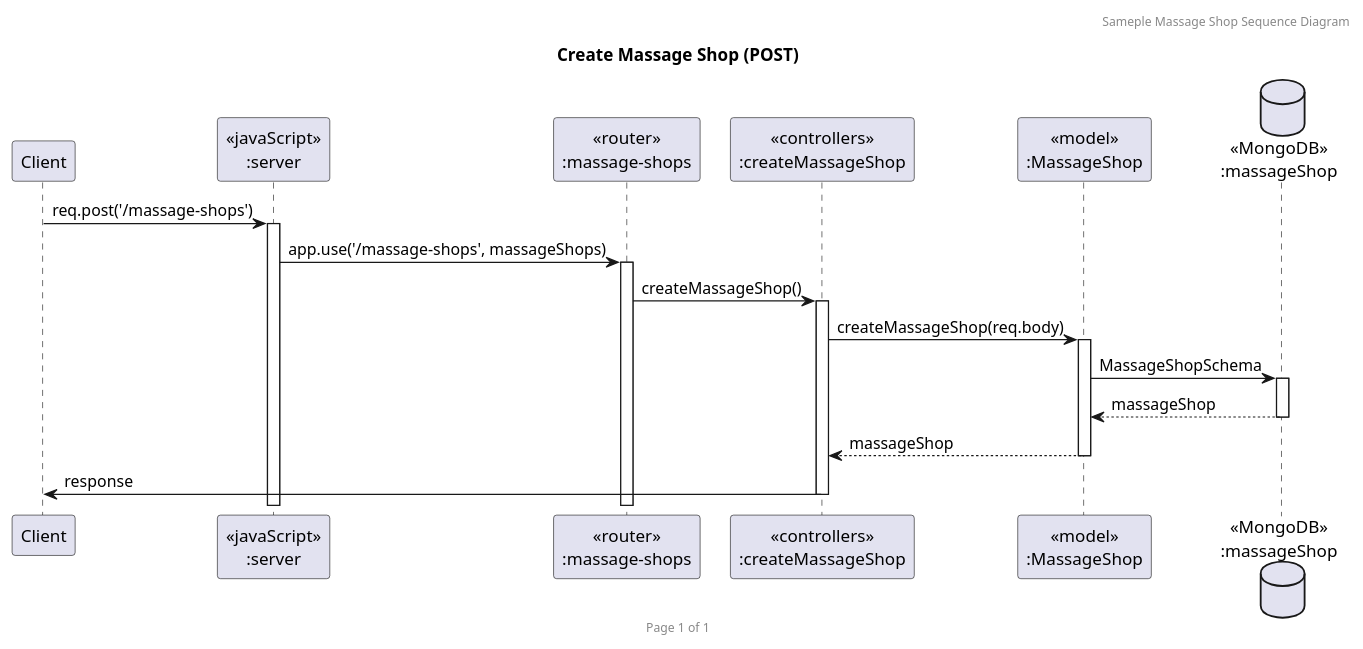
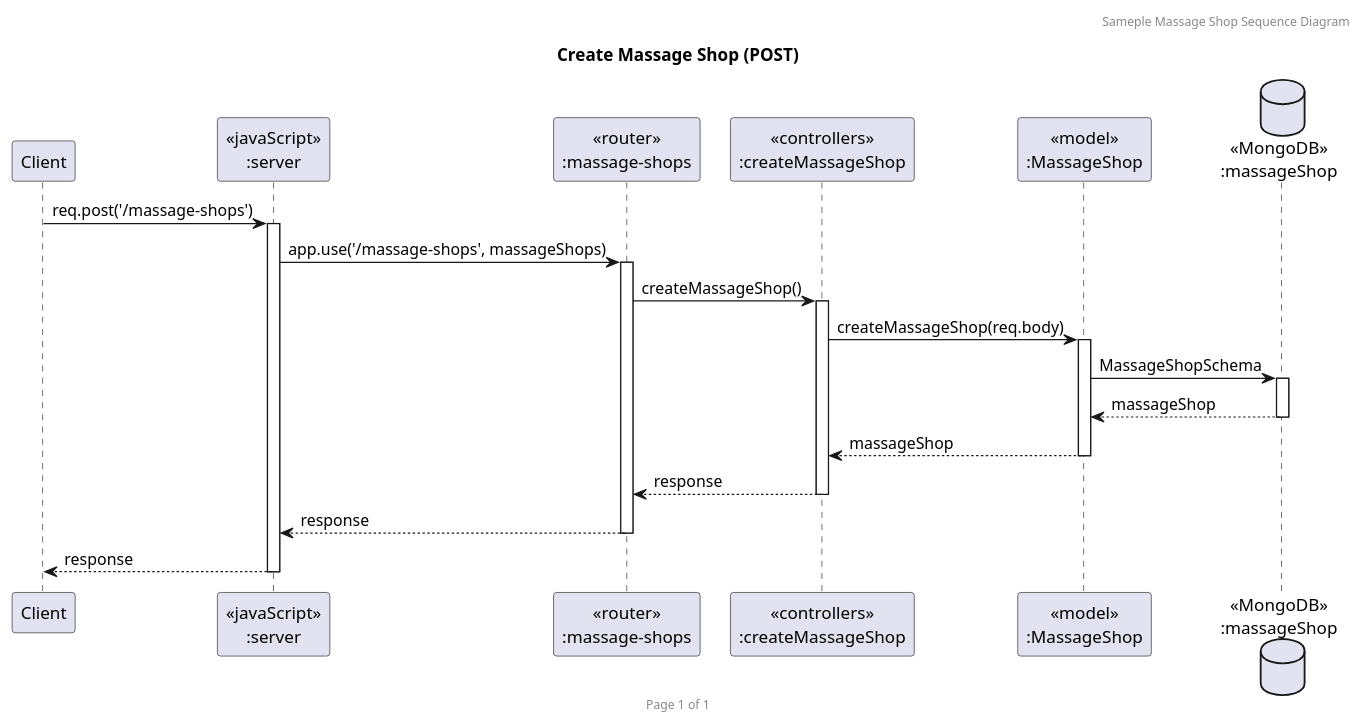
Before and after one commit to BabeTanya/massage-catherine: the diagram in MassageSequence_create_massage_shop.puml, drawn with PlantUML. The commit also changed 6 other files, not shown here.

Commit message:
Revise sequence diagram massage shop

```diff
--- a/MassageSequence_create_massage_shop.puml
+++ b/MassageSequence_create_massage_shop.puml
@@ -1,23 +1,25 @@
 @startuml Create Massage Shop (POST)
 
 header Sameple Massage Shop Sequence Diagram
 footer Page %page% of %lastpage%
 title "Create Massage Shop (POST)"
 
 participant "Client" as client
 participant "<<javaScript>>\n:server" as server
 participant "<<router>>\n:massage-shops" as routerMassageShop
 participant "<<controllers>>\n:createMassageShop" as controllersCreateMassageShop
 participant "<<model>>\n:MassageShop" as modelMassageShop
 database "<<MongoDB>>\n:massageShop" as MassageShopDatabase
 
 client->server ++:req.post('/massage-shops')
 server->routerMassageShop ++:app.use('/massage-shops', massageShops)
 routerMassageShop -> controllersCreateMassageShop ++:createMassageShop()
 controllersCreateMassageShop->modelMassageShop ++:createMassageShop(req.body)
 modelMassageShop ->MassageShopDatabase ++: MassageShopSchema
 MassageShopDatabase --> modelMassageShop --: massageShop
 controllersCreateMassageShop <-- modelMassageShop --:massageShop
-controllersCreateMassageShop->client --:response
+routerMassageShop <-- controllersCreateMassageShop --:response
+server <-- routerMassageShop --:response
+client <-- server --:response
 
 @enduml
```
